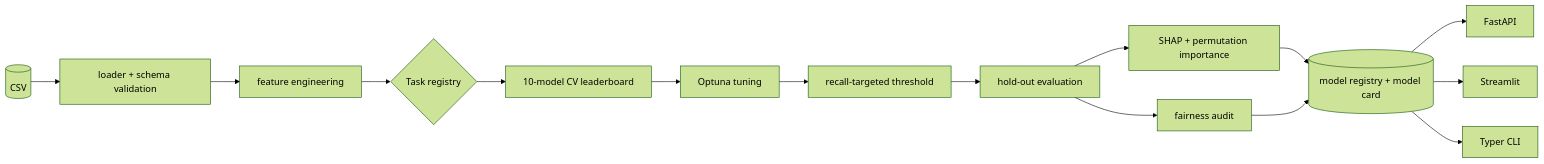
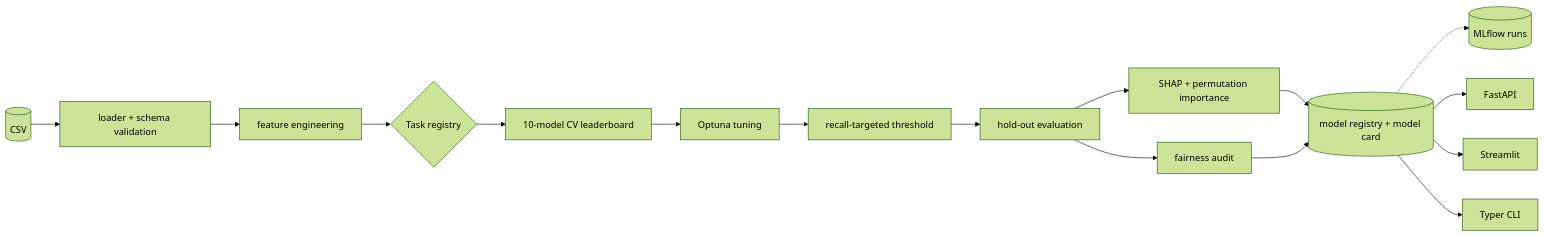
Before and after one commit to ZainDev04/edupulse: the diagram in README.md, drawn with Mermaid (forest theme). The commit also changed other lines of this file and 47 other files, not shown here.

````diff
--- a/README.md
+++ b/README.md
@@ -97,17 +97,18 @@
 ```mermaid
 flowchart LR
     RAW[(CSV)] --> LOAD[loader + schema validation]
     LOAD --> FE[feature engineering]
     FE --> TASK{Task registry}
     TASK --> LB[10-model CV leaderboard]
     LB --> OPT[Optuna tuning]
     OPT --> THR[recall-targeted threshold]
     THR --> EVAL[hold-out evaluation]
     EVAL --> XAI[SHAP + permutation importance]
     EVAL --> FAIR[fairness audit]
     XAI --> REG[(model registry + model card)]
     FAIR --> REG
+    REG -.-> MLF[(MLflow runs)]
     REG --> API[FastAPI]
     REG --> UI[Streamlit]
     REG --> CLI[Typer CLI]
 ```
````
